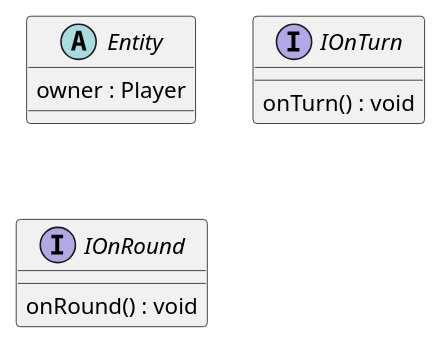
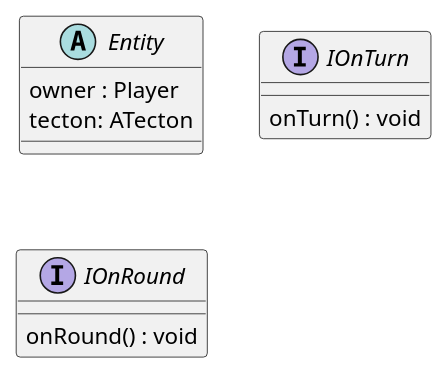
The diagram in 3/classes/entity.puml (Petya-G/fungorium), drawn with PlantUML before and after one commit. The commit also changed 2 other files, not shown here.

Commit message:
#make Entity know it's containing tecton

```diff
--- a/3/classes/entity.puml
+++ b/3/classes/entity.puml
@@ -1,13 +1,14 @@
 @startuml entity
 abstract class Entity {
     owner : Player
+    tecton: ATecton
 }
 
 interface IOnTurn{
     onTurn() : void
 }
 
 interface IOnRound{
     onRound() : void
 }
 @enduml
```
